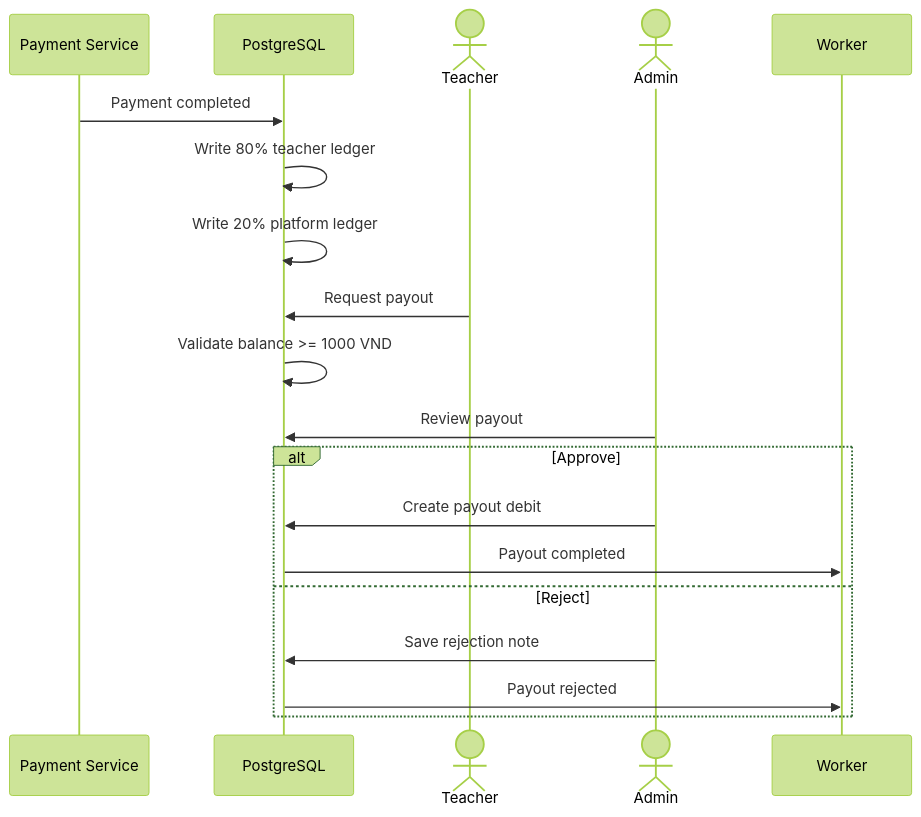
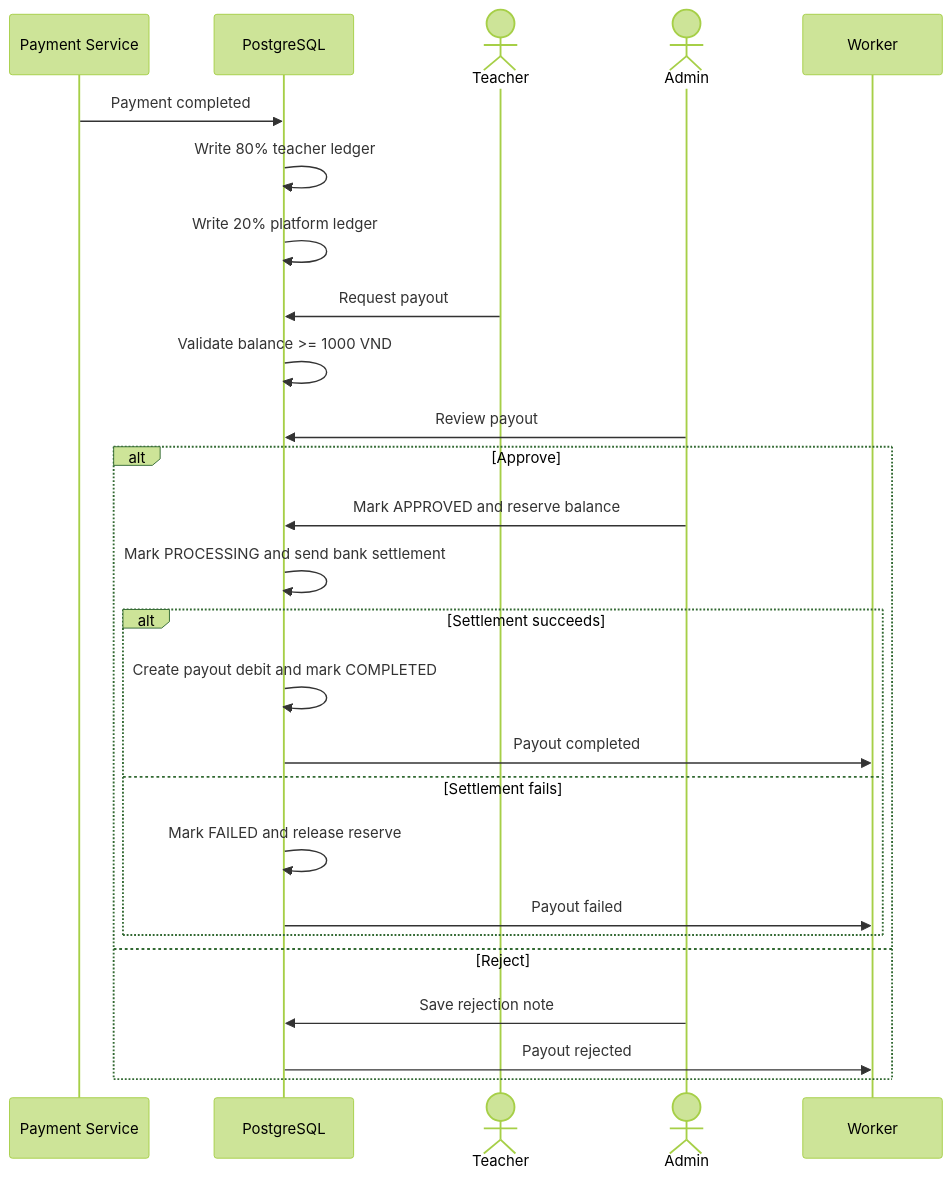
Diagram 13 of 15 in docs/prd-documents/tdd.md (nguyenkhaan/oj-vibe-coding), drawn with Mermaid (forest theme) before and after one commit. The commit also changed other lines of this file and 12 other files, not shown here.

```diff
--- a/docs/prd-documents/tdd.md
+++ b/docs/prd-documents/tdd.md
@@ -579,22 +580,29 @@
 ~~~mermaid
 sequenceDiagram
     participant Payment as Payment Service
     participant DB as PostgreSQL
     actor Teacher
     actor Admin
     participant Notify as Worker
 
     Payment->>DB: Payment completed
     DB->>DB: Write 80% teacher ledger
     DB->>DB: Write 20% platform ledger
     Teacher->>DB: Request payout
     DB->>DB: Validate balance >= 1000 VND
     Admin->>DB: Review payout
     alt Approve
-        Admin->>DB: Create payout debit
-        DB->>Notify: Payout completed
+        Admin->>DB: Mark APPROVED and reserve balance
+        DB->>DB: Mark PROCESSING and send bank settlement
+        alt Settlement succeeds
+            DB->>DB: Create payout debit and mark COMPLETED
+            DB->>Notify: Payout completed
+        else Settlement fails
+            DB->>DB: Mark FAILED and release reserve
+            DB->>Notify: Payout failed
+        end
     else Reject
         Admin->>DB: Save rejection note
         DB->>Notify: Payout rejected
     end
 ~~~
```
